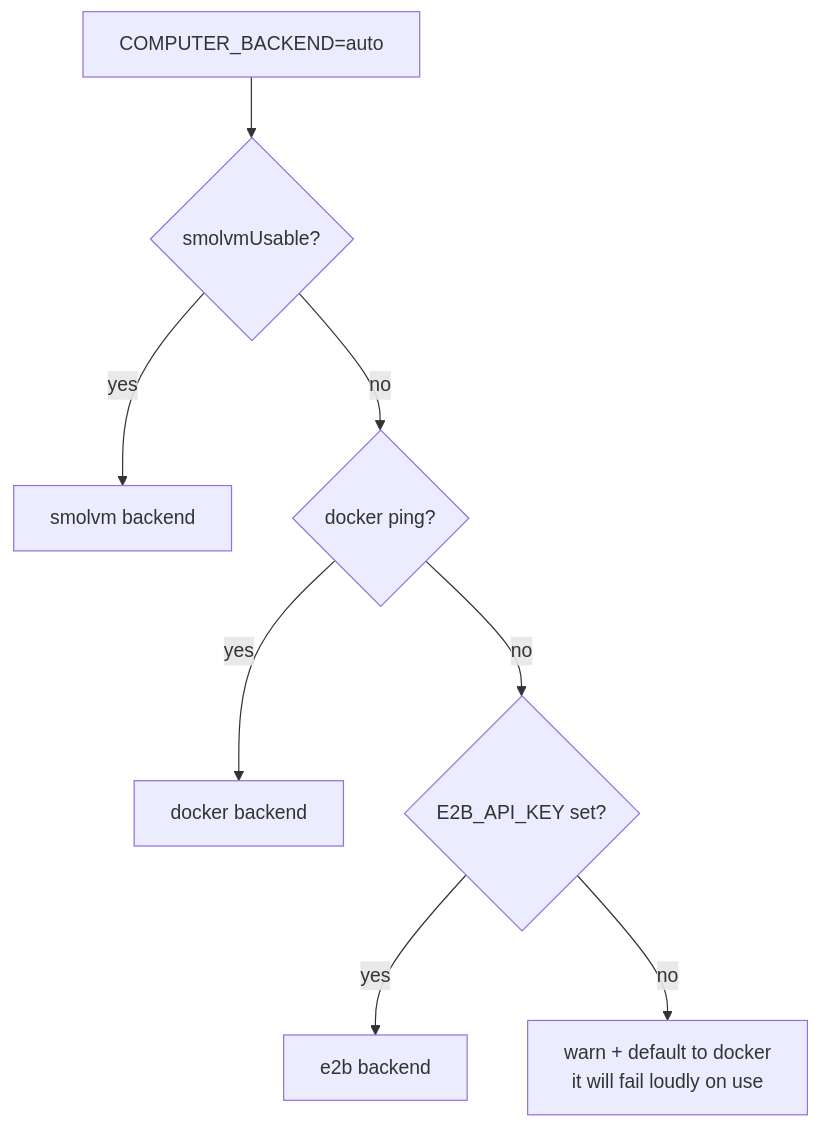
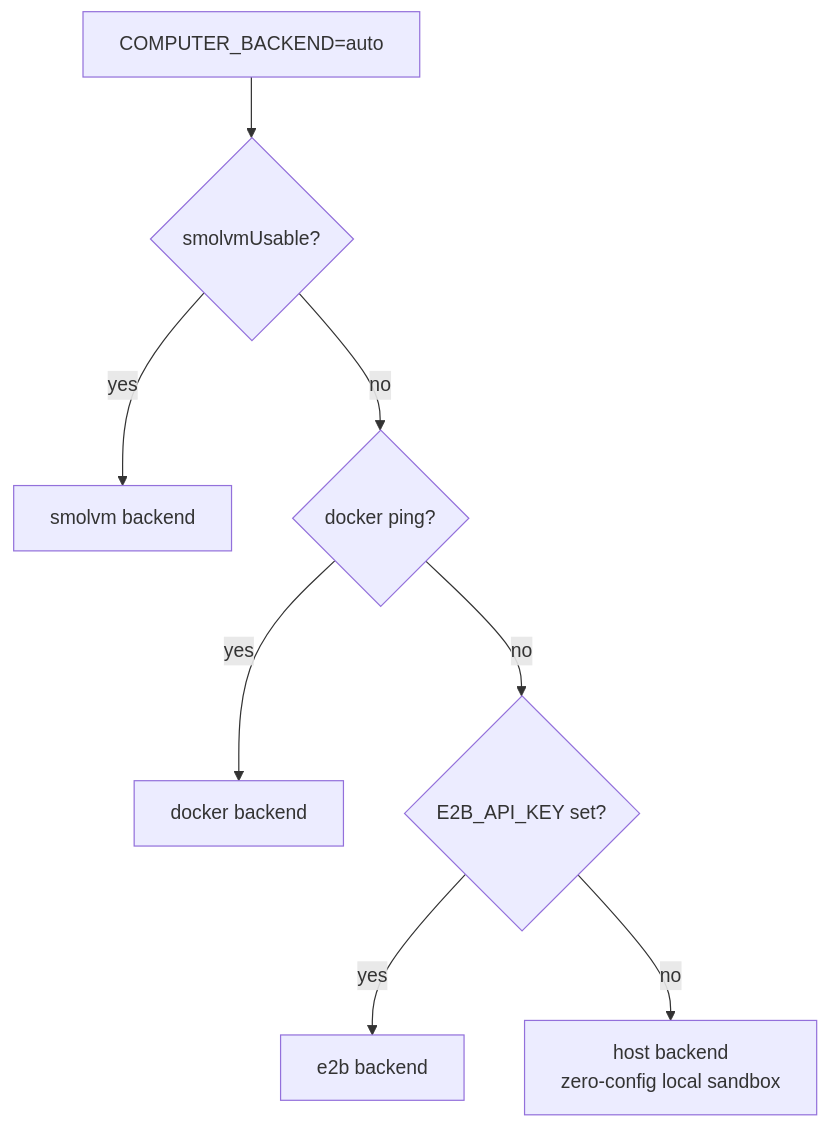
The diagram in docs/reference/computerd/backends.md (anurag3407/sayabot), drawn with Mermaid before and after one commit. The commit also changed other lines of this file and 39 other files, not shown here.

First line of the commit message:
feat: zero-config local engine, redirect loop breaker, and local workspace UI

````diff
--- a/docs/reference/computerd/backends.md
+++ b/docs/reference/computerd/backends.md
@@ -55,10 +56,10 @@
 ```mermaid
 flowchart TD
     A[COMPUTER_BACKEND=auto] --> B{smolvmUsable?}
     B -- yes --> S[smolvm backend]
     B -- no --> C{docker ping?}
     C -- yes --> D[docker backend]
     C -- no --> E{E2B_API_KEY set?}
     E -- yes --> F[e2b backend]
-    E -- no --> G[warn + default to docker<br/>it will fail loudly on use]
+    E -- no --> H[host backend<br/>zero-config local sandbox]
 ```
````
